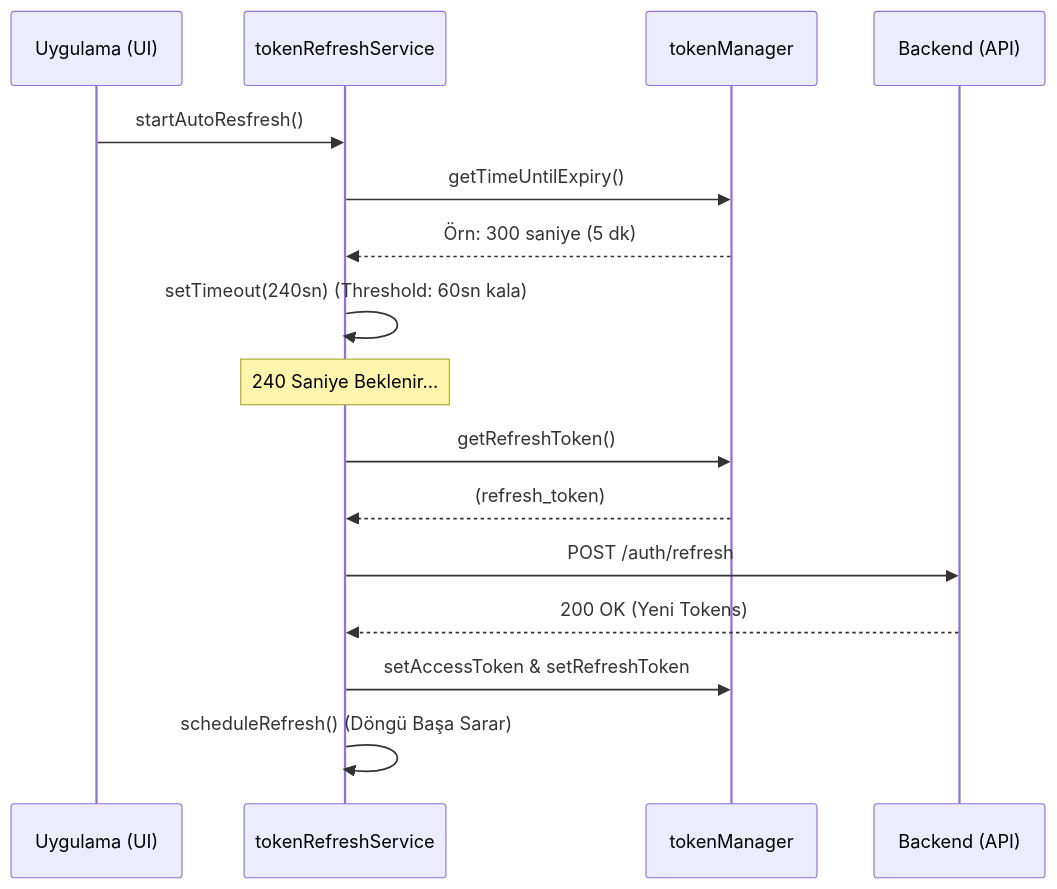
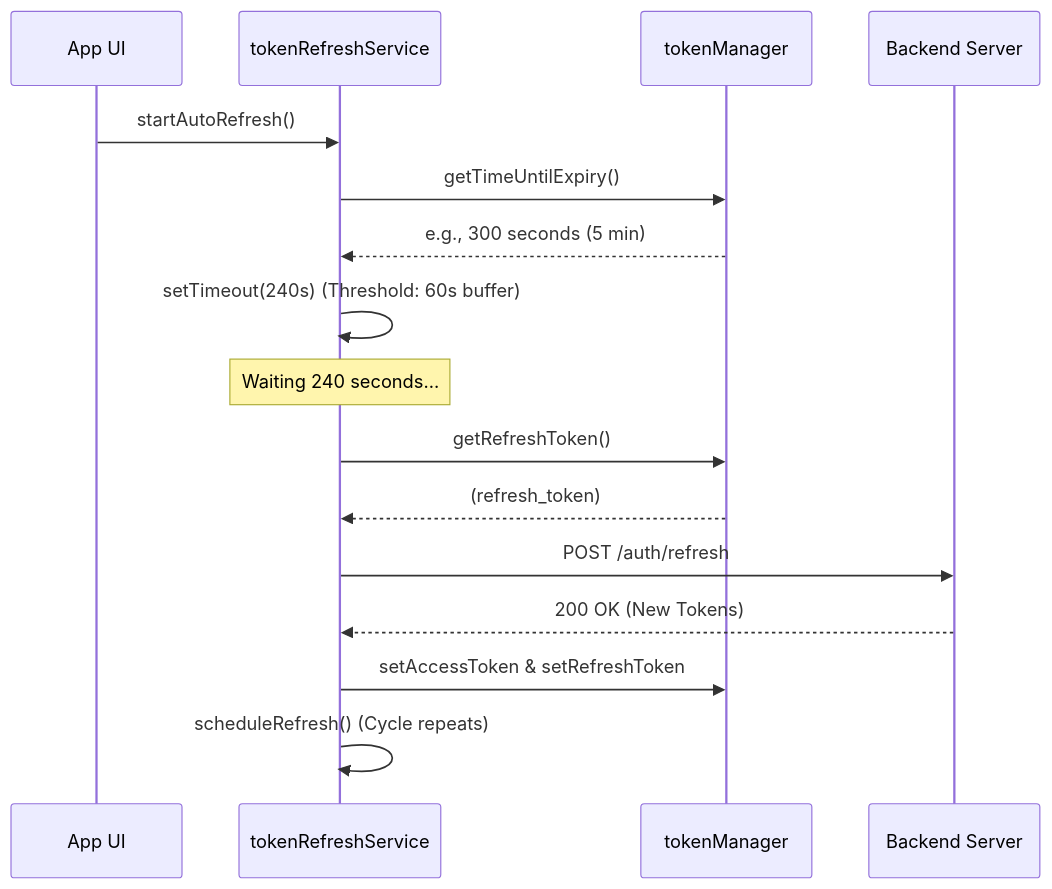
Before and after one commit to atakanotur/todo-app: the first of 2 diagrams in README.md, drawn with Mermaid. The commit also changed other lines of this file, not shown here.

````diff
--- a/README.md
+++ b/README.md
@@ -99,21 +206,21 @@
 ```mermaid
 sequenceDiagram
-    participant App as Uygulama (UI)
+    participant App as App UI
     participant Timer as tokenRefreshService
     participant TokenMgr as tokenManager
-    participant API as Backend (API)
+    participant API as Backend Server
 
-    App->>Timer: startAutoResfresh()
+    App->>Timer: startAutoRefresh()
     Timer->>TokenMgr: getTimeUntilExpiry()
-    TokenMgr-->>Timer: Örn: 300 saniye (5 dk)
-    Timer->>Timer: setTimeout(240sn) (Threshold: 60sn kala)
+    TokenMgr-->>Timer: e.g., 300 seconds (5 min)
+    Timer->>Timer: setTimeout(240s) (Threshold: 60s buffer)
     
-    Note over Timer: 240 Saniye Beklenir...
+    Note over Timer: Waiting 240 seconds...
     
     Timer->>TokenMgr: getRefreshToken()
     TokenMgr-->>Timer: (refresh_token)
     Timer->>API: POST /auth/refresh
-    API-->>Timer: 200 OK (Yeni Tokens)
+    API-->>Timer: 200 OK (New Tokens)
     Timer->>TokenMgr: setAccessToken & setRefreshToken
-    Timer->>Timer: scheduleRefresh() (Döngü Başa Sarar)
+    Timer->>Timer: scheduleRefresh() (Cycle repeats)
 ```
````
